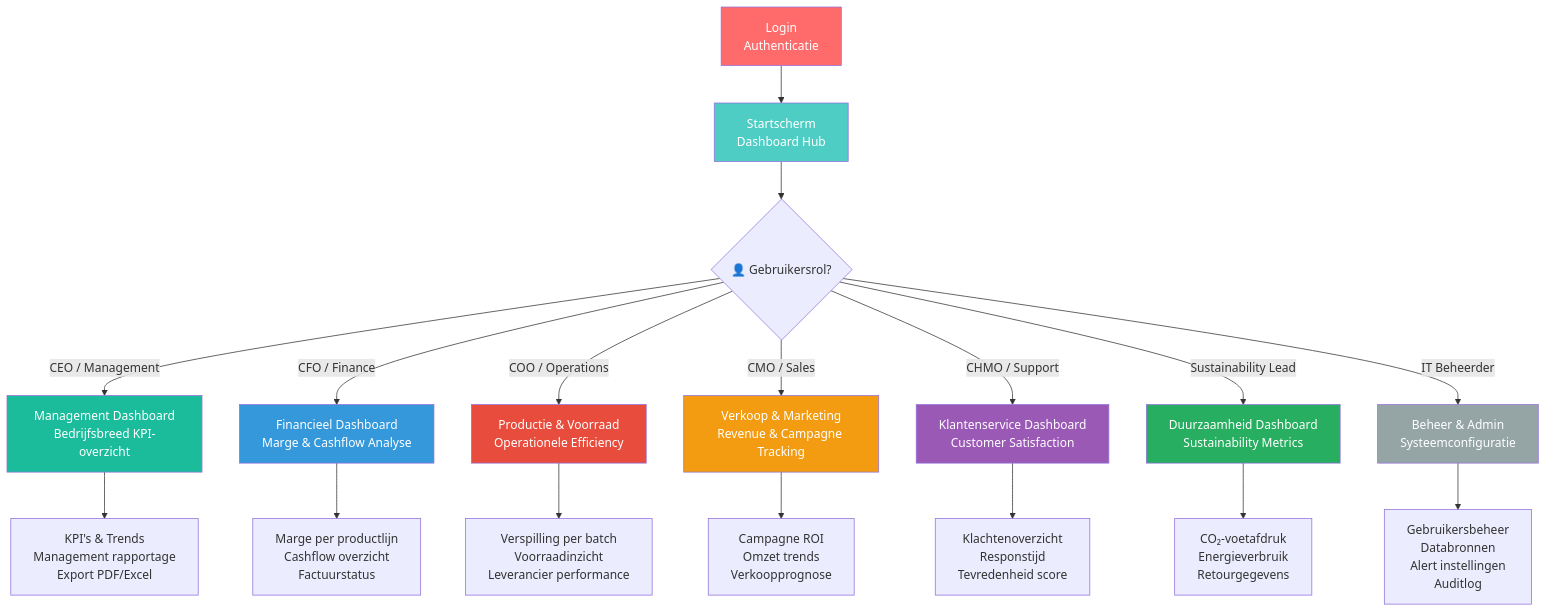
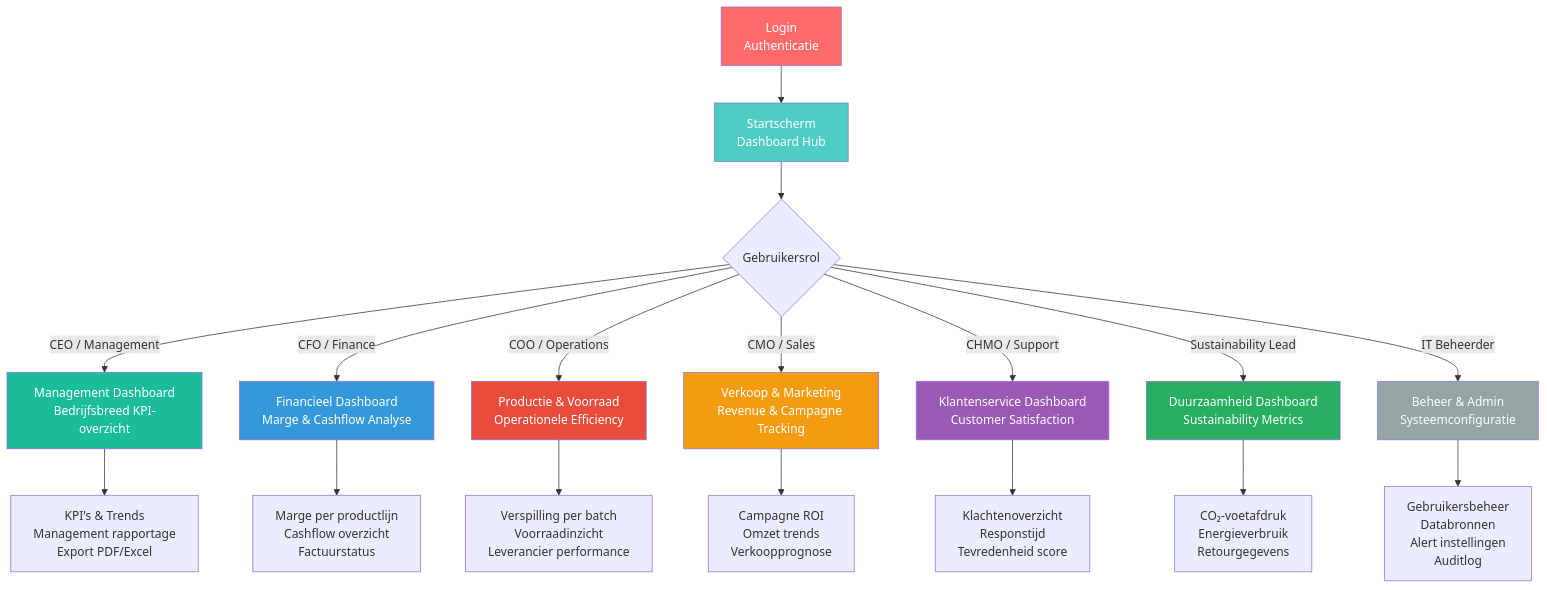
One commit to thijssonnega/requirements-specificatie changed the diagram in requirements-specificatie.md. Above: the diagram before and after it, drawn with Mermaid.

Commit message:
Fix user role label in requirements specification

````diff
--- a/requirements-specificatie.md
+++ b/requirements-specificatie.md
@@ -517,32 +517,32 @@
 ```mermaid
 graph TD
     A[" Login<br/>Authenticatie"] --> B[" Startscherm<br/>Dashboard Hub"]
     
-    B --> C{"👤 Gebruikersrol?"}
+    B --> C{"Gebruikersrol"}
     
     C -->|CEO / Management| D[" Management Dashboard<br/>Bedrijfsbreed KPI-overzicht"]
     C -->|CFO / Finance| E[" Financieel Dashboard<br/>Marge & Cashflow Analyse"]
     C -->|COO / Operations| F[" Productie & Voorraad<br/>Operationele Efficiency"]
     C -->|CMO / Sales| G[" Verkoop & Marketing<br/>Revenue & Campagne Tracking"]
     C -->|CHMO / Support| H["Klantenservice Dashboard<br/>Customer Satisfaction"]
     C -->|Sustainability Lead| I["Duurzaamheid Dashboard<br/>Sustainability Metrics"]
     C -->|IT Beheerder| J[" Beheer & Admin<br/>Systeemconfiguratie"]
     
     D --> D1[" KPI's & Trends<br/> Management rapportage<br/> Export PDF/Excel"]
     E --> E1[" Marge per productlijn<br/> Cashflow overzicht<br/> Factuurstatus"]
     F --> F1[" Verspilling per batch<br/> Voorraadinzicht<br/> Leverancier performance"]
     G --> G1[" Campagne ROI<br/> Omzet trends<br/> Verkoopprognose"]
     H --> H1[" Klachtenoverzicht<br/> Responstijd<br/> Tevredenheid score"]
     I --> I1[" CO₂-voetafdruk<br/> Energieverbruik<br/> Retourgegevens"]
     J --> J1[" Gebruikersbeheer<br/> Databronnen<br/> Alert instellingen<br/> Auditlog"]
     
     style A fill:#ff6b6b,color:#fff
     style B fill:#4ecdc4,color:#fff
     style D fill:#1abc9c,color:#fff
     style E fill:#3498db,color:#fff
     style F fill:#e74c3c,color:#fff
     style G fill:#f39c12,color:#fff
     style H fill:#9b59b6,color:#fff
     style I fill:#27ae60,color:#fff
     style J fill:#95a5a6,color:#fff
 ```
````
